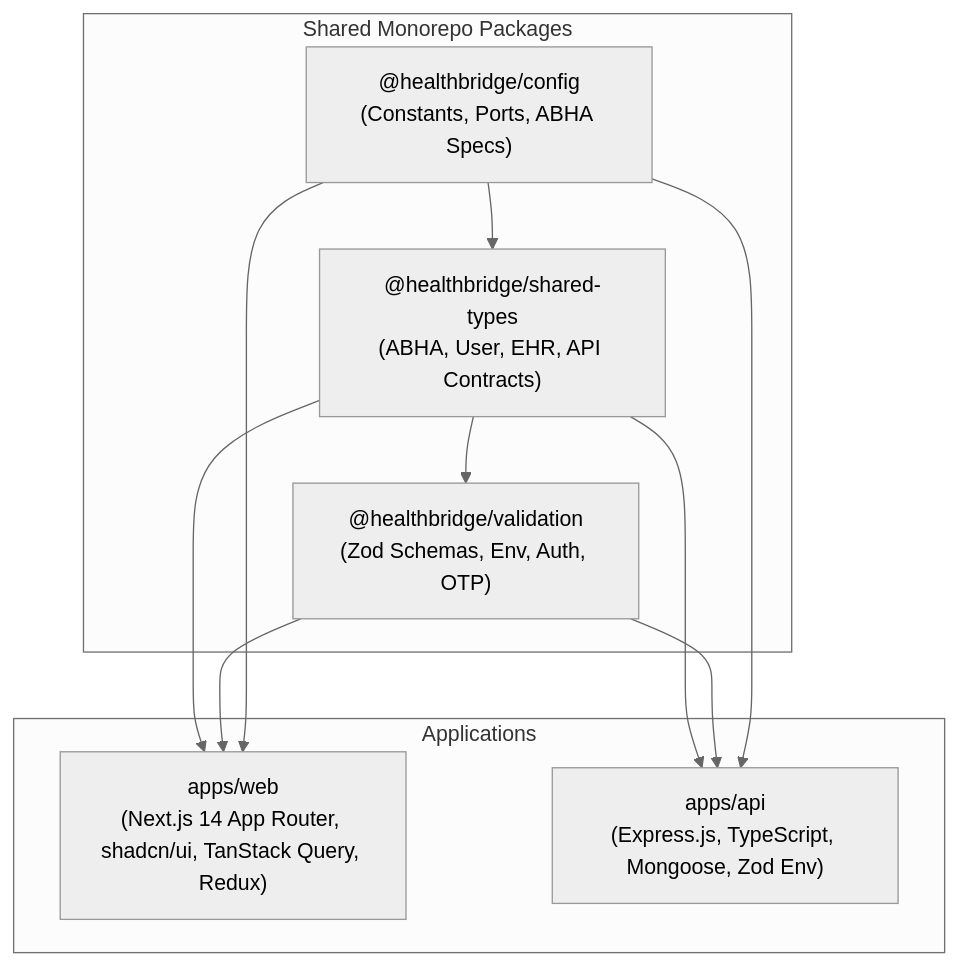
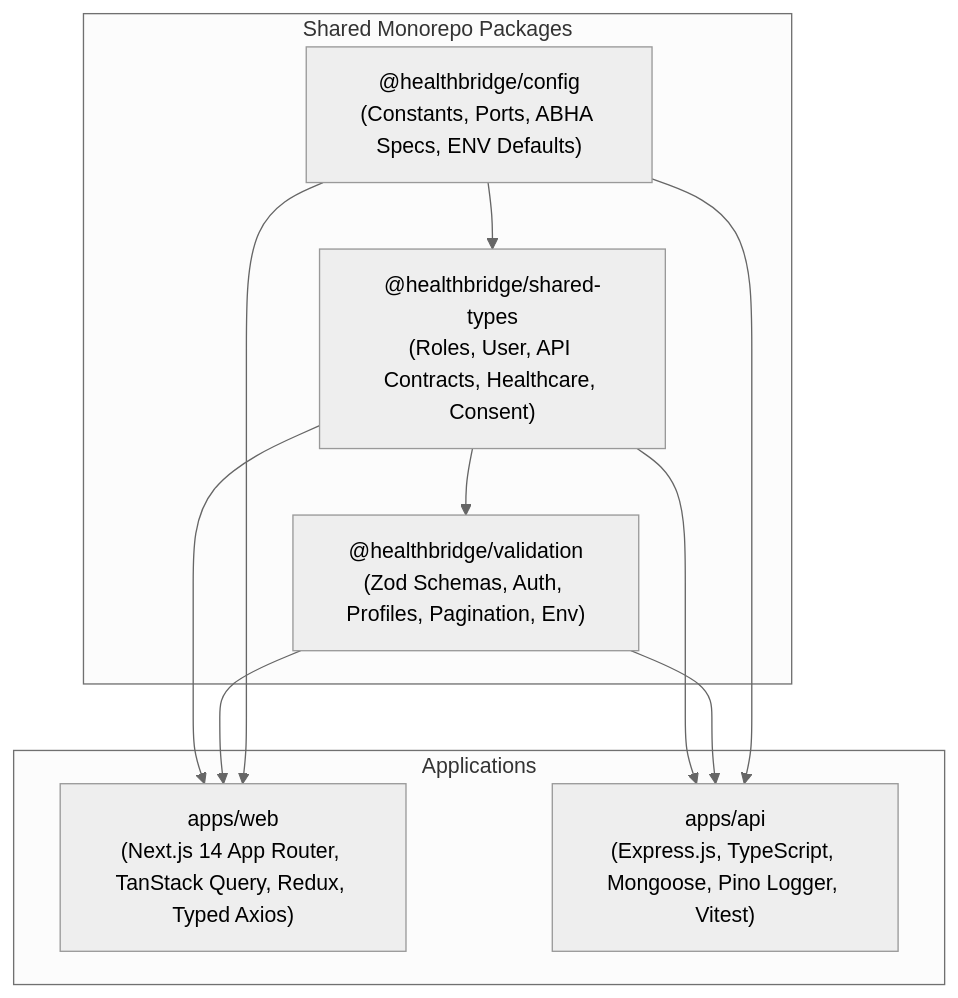
Before and after one commit to Kushagra26102006/healthbridge-india: the first of 3 diagrams in docs/architecture.md, drawn with Mermaid (neutral theme). The commit also changed other lines of this file and 83 other files, not shown here.

Commit message:
feat(monorepo): complete shared packages, frontend-backend integration, typed API client, and environment verification (Day 1 Task 05)

````diff
--- a/docs/architecture.md
+++ b/docs/architecture.md
@@ -25,22 +25,22 @@
 ```mermaid
 graph TD
     subgraph Packages ["Shared Monorepo Packages"]
-        Config["@healthbridge/config<br/>(Constants, Ports, ABHA Specs)"]
-        SharedTypes["@healthbridge/shared-types<br/>(ABHA, User, EHR, API Contracts)"]
-        Validation["@healthbridge/validation<br/>(Zod Schemas, Env, Auth, OTP)"]
+        Config["@healthbridge/config<br/>(Constants, Ports, ABHA Specs, ENV Defaults)"]
+        SharedTypes["@healthbridge/shared-types<br/>(Roles, User, API Contracts, Healthcare, Consent)"]
+        Validation["@healthbridge/validation<br/>(Zod Schemas, Auth, Profiles, Pagination, Env)"]
     end
 
     subgraph Applications ["Applications"]
-        Web["apps/web<br/>(Next.js 14 App Router, shadcn/ui, TanStack Query, Redux)"]
-        API["apps/api<br/>(Express.js, TypeScript, Mongoose, Zod Env)"]
+        Web["apps/web<br/>(Next.js 14 App Router, TanStack Query, Redux, Typed Axios)"]
+        API["apps/api<br/>(Express.js, TypeScript, Mongoose, Pino Logger, Vitest)"]
     end
 
     Config --> SharedTypes
     SharedTypes --> Validation
     SharedTypes --> Web
     SharedTypes --> API
     Validation --> Web
     Validation --> API
     Config --> Web
     Config --> API
 ```
````
